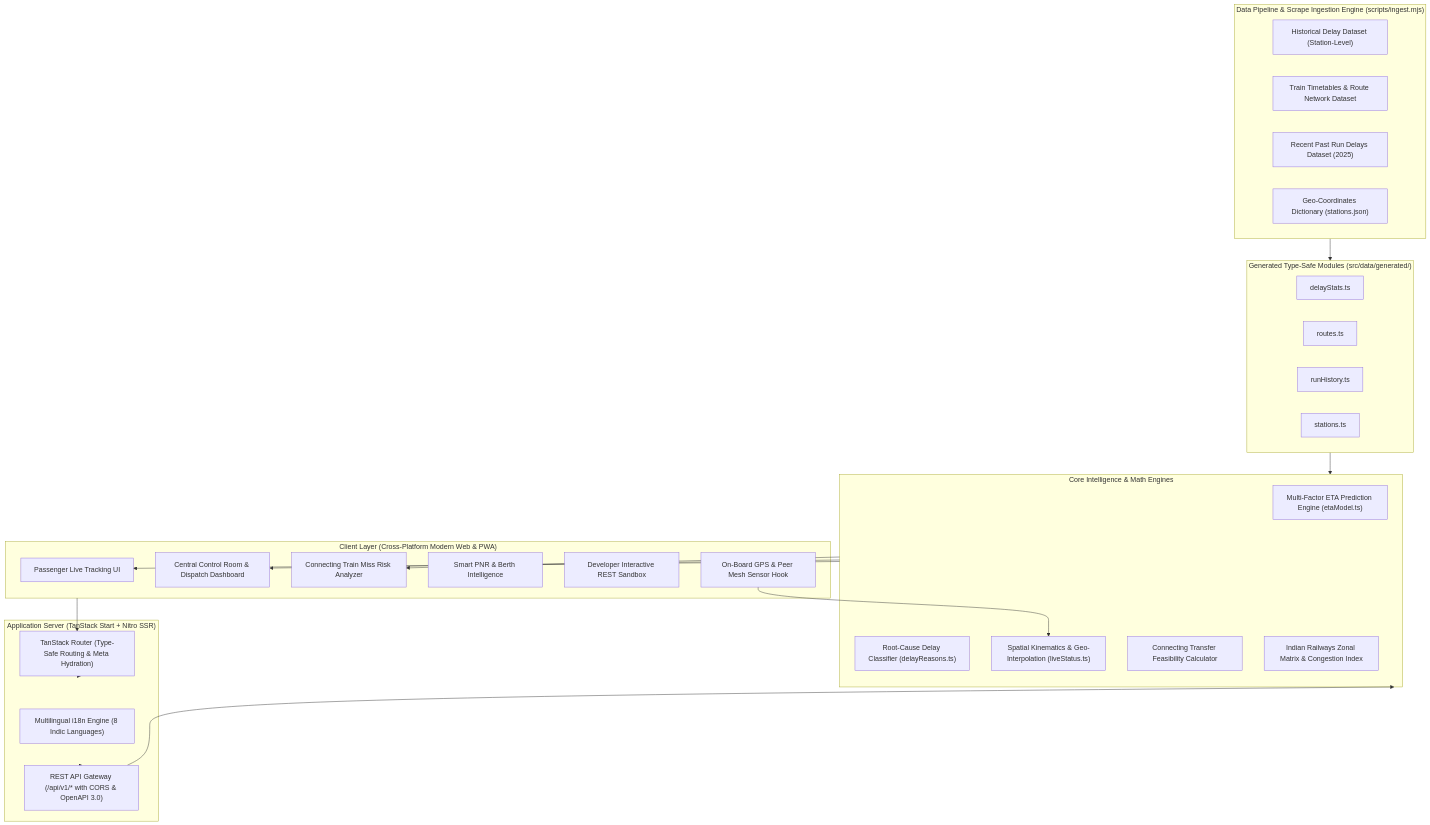
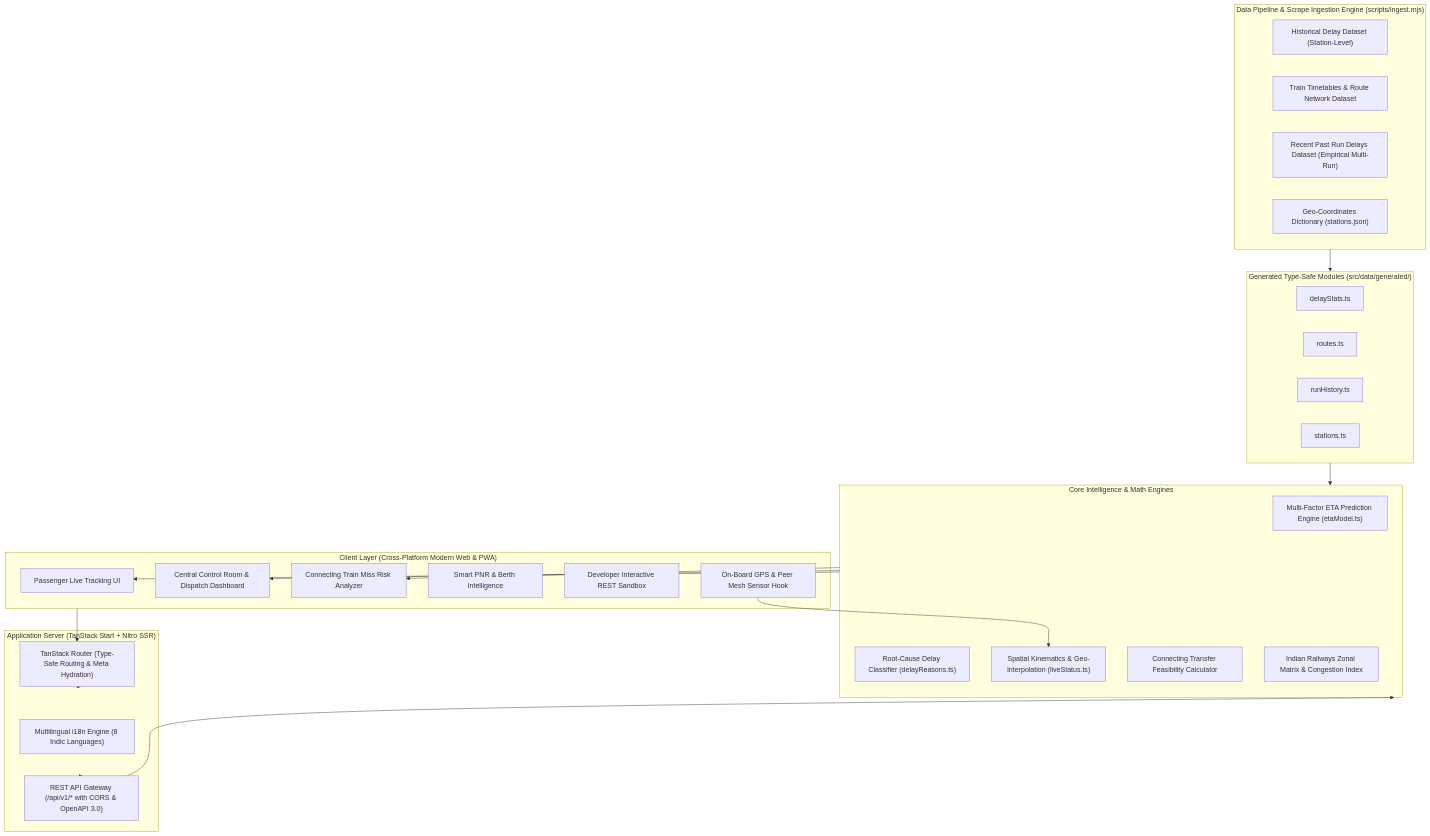
Before and after one commit to Sumit2003-dev/RailDristhi: the first of 2 diagrams in docs/ARCHITECTURE.md, drawn with Mermaid. The commit also changed other lines of this file and 125 other files, not shown here.

````diff
--- a/docs/ARCHITECTURE.md
+++ b/docs/ARCHITECTURE.md
@@ -9,53 +9,53 @@
 ```mermaid
 flowchart TB
     subgraph ClientLayer ["Client Layer (Cross-Platform Modern Web & PWA)"]
         UI_Home["Passenger Live Tracking UI"]
         UI_Control["Central Control Room & Dispatch Dashboard"]
         UI_Connecting["Connecting Train Miss Risk Analyzer"]
         UI_PNR["Smart PNR & Berth Intelligence"]
         UI_Sandbox["Developer Interactive REST Sandbox"]
         UI_GPS["On-Board GPS & Peer Mesh Sensor Hook"]
     end
 
     subgraph AppServer ["Application Server (TanStack Start + Nitro SSR)"]
         Router["TanStack Router (Type-Safe Routing & Meta Hydration)"]
         I18nEngine["Multilingual i18n Engine (8 Indic Languages)"]
         APIGateway["REST API Gateway (/api/v1/* with CORS & OpenAPI 3.0)"]
     end
 
     subgraph IntelligenceEngine ["Core Intelligence & Math Engines"]
         ETAModel["Multi-Factor ETA Prediction Engine (etaModel.ts)"]
         DelayClassifier["Root-Cause Delay Classifier (delayReasons.ts)"]
         LiveStatus["Spatial Kinematics & Geo-Interpolation (liveStatus.ts)"]
         RiskAnalyzer["Connecting Transfer Feasibility Calculator"]
         ZonalEngine["Indian Railways Zonal Matrix & Congestion Index"]
     end
 
     subgraph DataIngestion ["Data Pipeline & Scrape Ingestion Engine (scripts/ingest.mjs)"]
         CSV_Delay["Historical Delay Dataset (Station-Level)"]
         CSV_Routes["Train Timetables & Route Network Dataset"]
-        CSV_History["Recent Past Run Delays Dataset (2025)"]
+        CSV_History["Recent Past Run Delays Dataset (Empirical Multi-Run)"]
         JSON_Stations["Geo-Coordinates Dictionary (stations.json)"]
     end
 
     subgraph BuildArtifacts ["Generated Type-Safe Modules (src/data/generated/)"]
         GEN_Delay["delayStats.ts"]
         GEN_Routes["routes.ts"]
         GEN_History["runHistory.ts"]
         GEN_Stations["stations.ts"]
     end
 
     %% Data Pipeline Connections
     DataIngestion --> BuildArtifacts
     BuildArtifacts --> IntelligenceEngine
 
     %% Runtime Connections
     ClientLayer --> Router
     Router --> AppServer
     AppServer --> APIGateway
     APIGateway --> IntelligenceEngine
     UI_GPS --> LiveStatus
     IntelligenceEngine --> UI_Control
     IntelligenceEngine --> UI_Home
     IntelligenceEngine --> UI_Connecting
 ```
````
